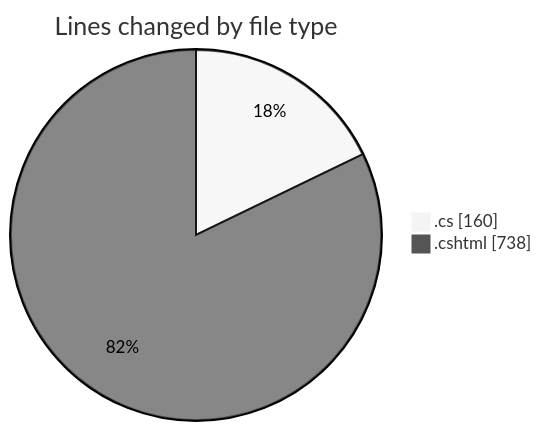
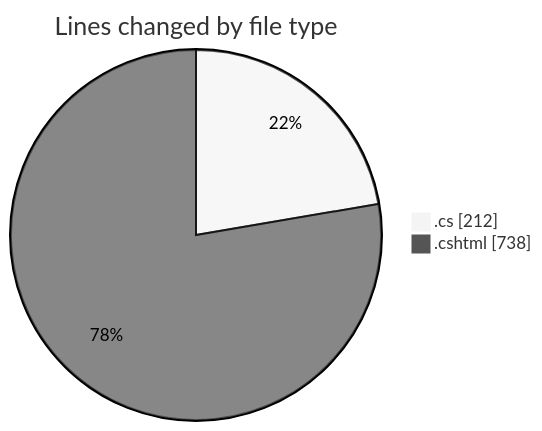
One commit to lephambinh05/code-tracking changed the first of 2 diagrams in 2025-07-16/nhahang/README.md. Above: the diagram before and after it, drawn with Mermaid (neutral theme). The commit also changed other lines of this file and 1 other file, not shown here.

````diff
--- a/2025-07-16/nhahang/README.md
+++ b/2025-07-16/nhahang/README.md
@@ -40,6 +41,6 @@
 ```mermaid
 pie showData
 title Lines changed by file type
-".cs" : 160
+".cs" : 212
 ".cshtml" : 738
 ```
````
